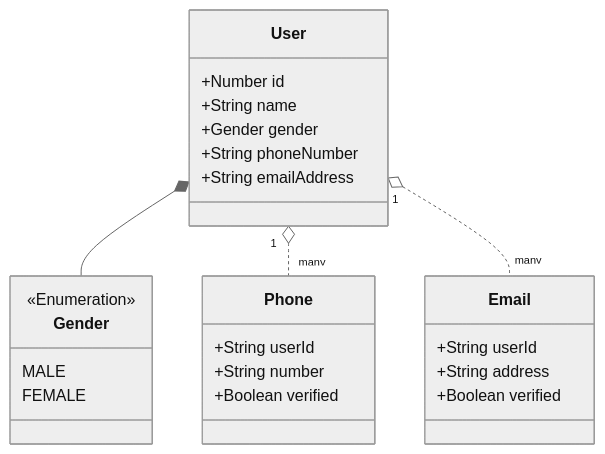
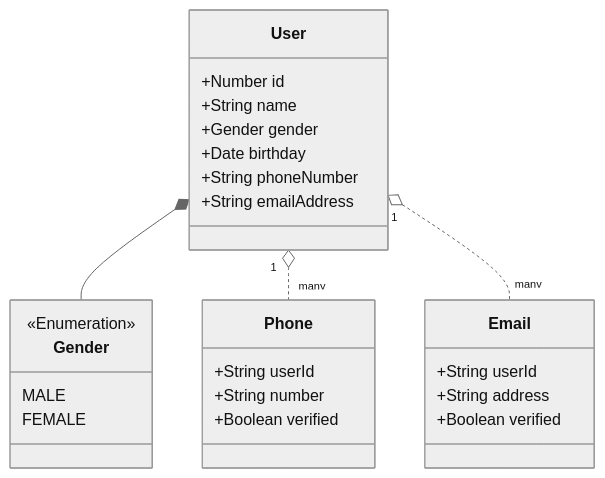
The second of 2 diagrams in docs/plans/V0.2_用户管理.md (mrchar/peach), drawn with Mermaid (neutral theme) before and after one commit. The commit also changed 5 other files, not shown here.

````diff
--- a/docs/plans/V0.2_用户管理.md
+++ b/docs/plans/V0.2_用户管理.md
@@ -39,32 +39,33 @@
 ```mermaid
 classDiagram
     class User{
         +Number id
         +String name
         +Gender gender
+        +Date birthday
         +String phoneNumber
         +String emailAddress
     }
 
     class Gender {
         <<Enumeration>>
         MALE
         FEMALE
     }
 
     class Phone {
         +String userId
         +String number
         +Boolean verified
     }
 
     class Email {
         +String userId
         +String address
         +Boolean verified
     }
 
     User *-- Gender
     User "1" o.. "many" Phone
     User "1" o.. "many" Email
 ```
````
